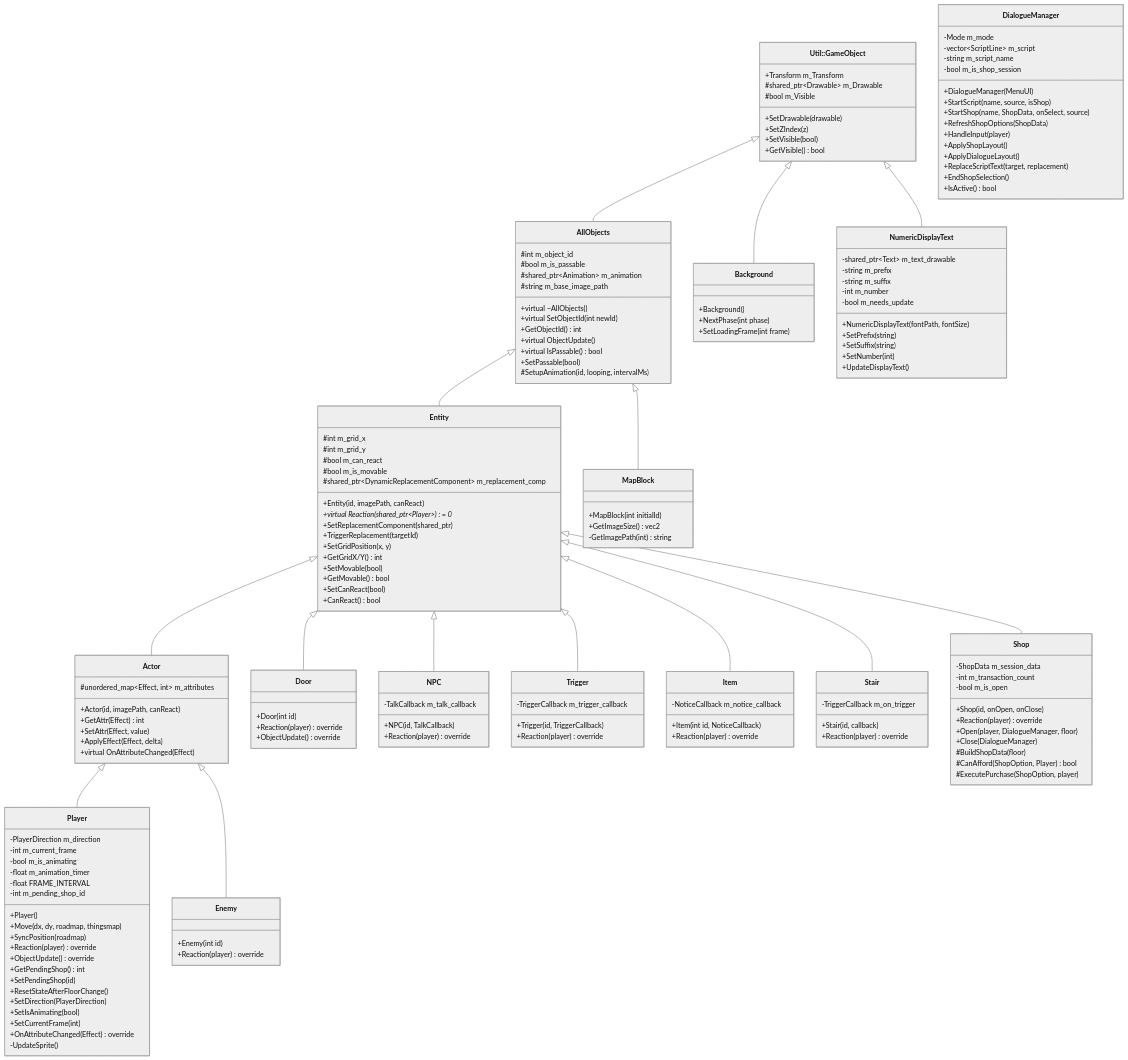
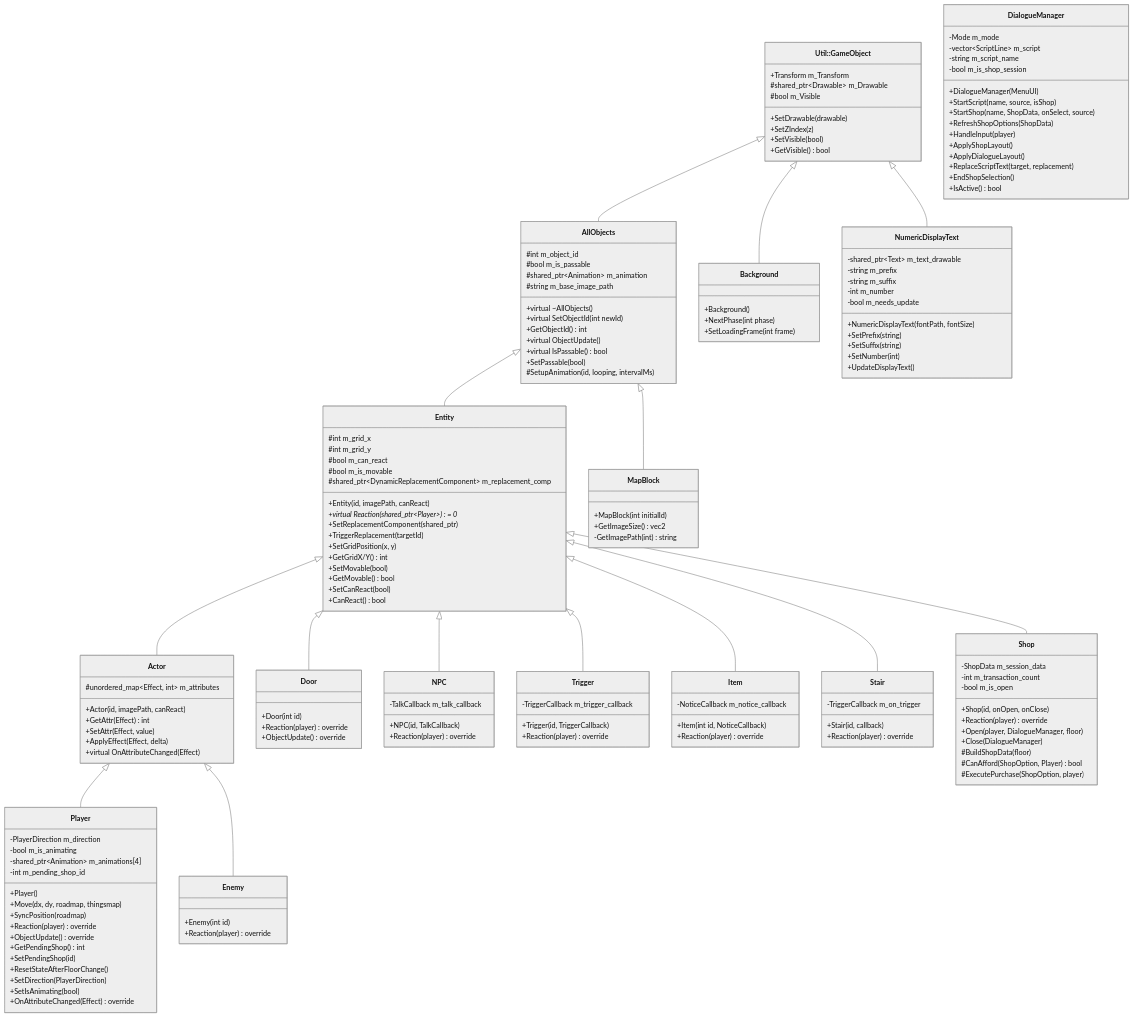
Before and after one commit to XWJWPIY/schoolwork_recreate_magic_tower: the first of 4 diagrams in Constructure.md, drawn with Mermaid (neutral theme). The commit also changed other lines of this file and 2 other files, not shown here.

Commit message:
refactor: use unified hybrid animation to refactor player animation

```diff
--- a/Constructure.md
+++ b/Constructure.md
@@ -82,10 +82,8 @@
 
     class Player {
         -PlayerDirection m_direction
-        -int m_current_frame
         -bool m_is_animating
-        -float m_animation_timer
-        -float FRAME_INTERVAL
+        -shared_ptr~Animation~ m_animations[4]
         -int m_pending_shop_id
         +Player()
         +Move(dx, dy, roadmap, thingsmap)
@@ -97,9 +95,7 @@
         +ResetStateAfterFloorChange()
         +SetDirection(PlayerDirection)
         +SetIsAnimating(bool)
-        +SetCurrentFrame(int)
         +OnAttributeChanged(Effect) override
-        -UpdateSprite()
     }
 
     class Door {
```
